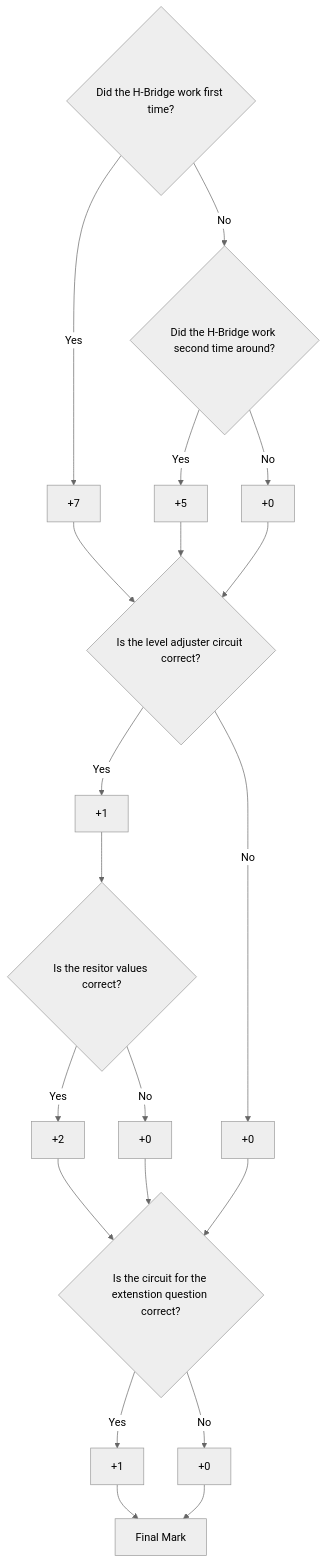
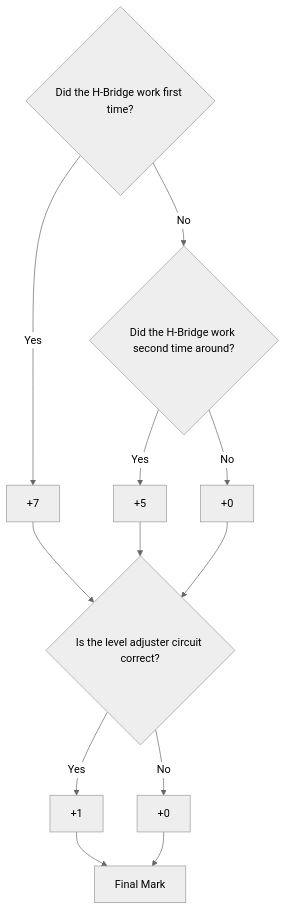
Before and after one commit to MechatronicSystems-Group/Integrated-Embedded-Systems: the diagram in practicals/practical_1/prac-1-Hbridge.md, drawn with Mermaid (neutral theme). The commit also changed other lines of this file, not shown here.

Commit message:
Update Prac1

````diff
--- a/practicals/practical_1/prac-1-Hbridge.md
+++ b/practicals/practical_1/prac-1-Hbridge.md
@@ -142,23 +144,15 @@
 ```mermaid
 flowchart TD
     A{Did the H-Bridge work first time?}
     A -->|Yes|B[+7]
     A -->|No|C{Did the H-Bridge work second time around?}
     C -->|Yes|D[+5]
     C -->|No|E[+0]
     B --> F{Is the level adjuster circuit correct?}
     D --> F
     E --> F
     F --> |Yes|G[+1]
     F --> |No|H[+0]
-    G --> I{Is the resitor values correct?}
-    I --> |Yes|J[+2]
-    I --> |No|K[+0]
-    J --> L{Is the circuit for the extenstion question correct?}
-    K --> L
-    H --> L
-    L --> |Yes|M[+1]
-    L --> |No|N[+0]
-    M --> O[Final Mark]
-    N --> O[Final Mark]
+    G --> O
+    H --> O[Final Mark]
 ```
````
